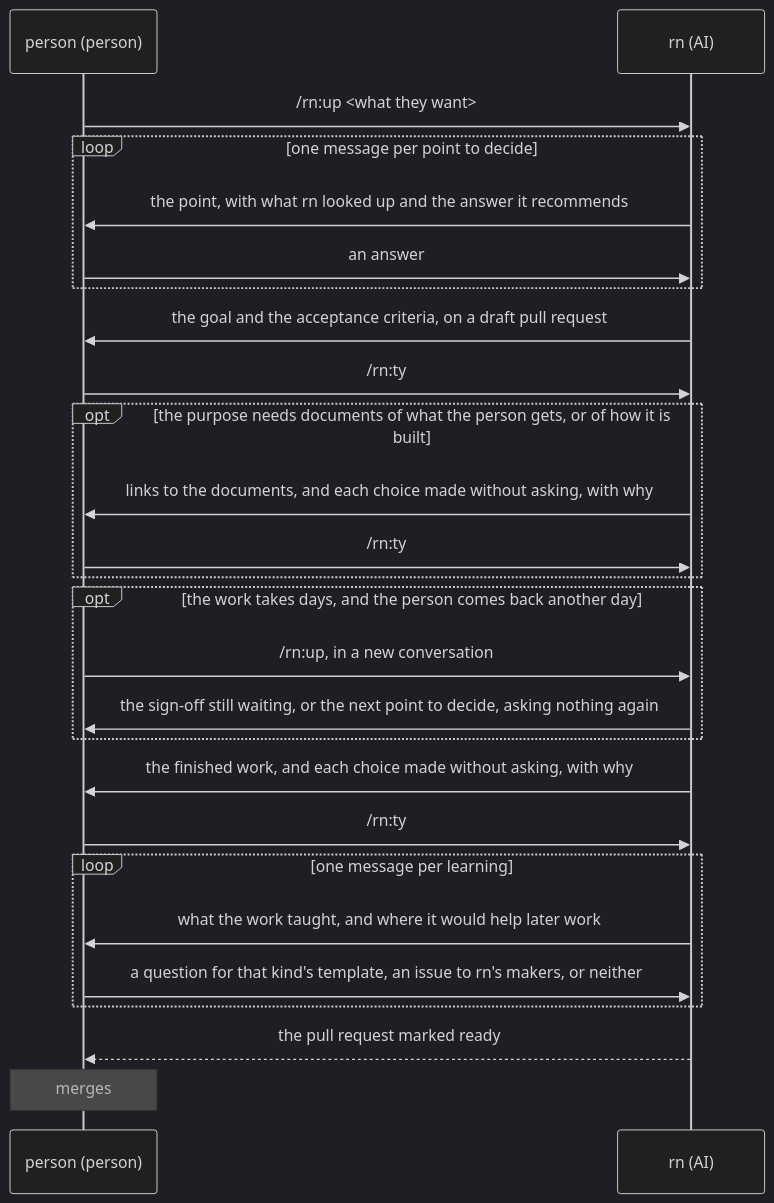
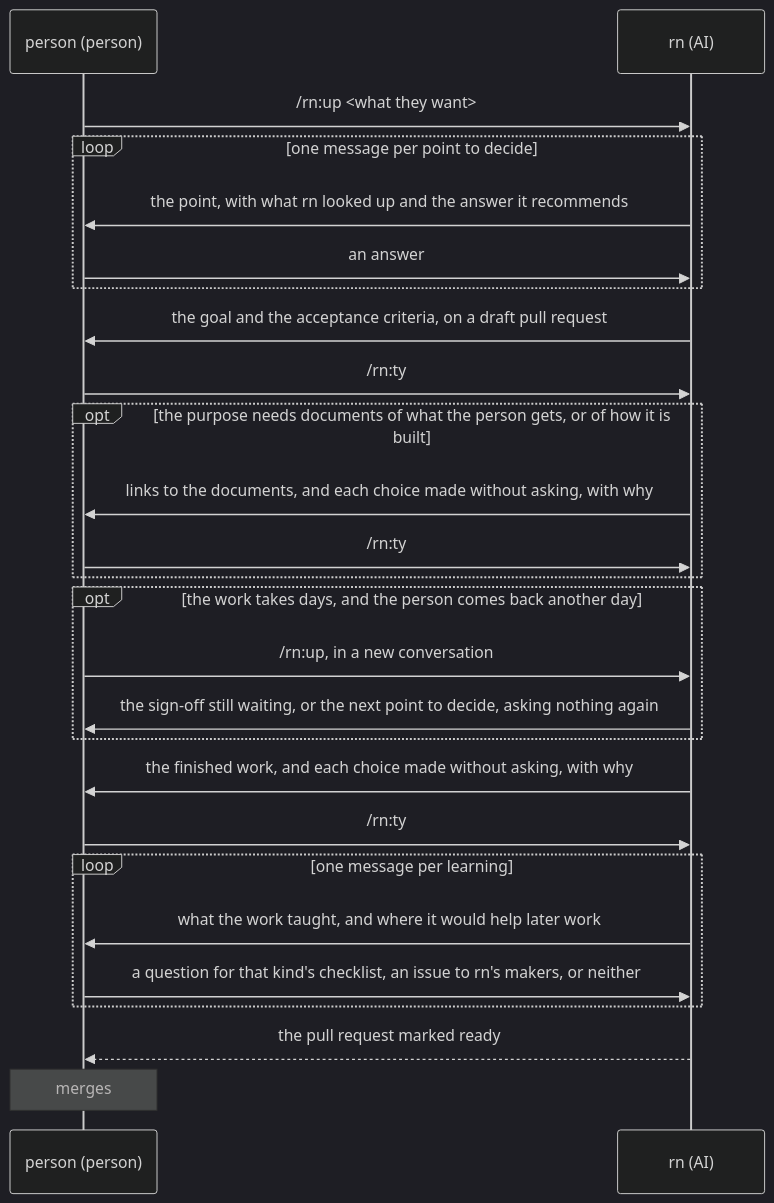
The diagram in dev/rn/ux.md (lovaizu/ccpm), drawn with Mermaid (dark theme) before and after one commit. The commit also changed 2 other files, not shown here.

Commit message:
rn's README and UX say checklist, as turn's README names what turn keeps for each kind
Read across the nine documents, rn's README spoke of templates, a word turn's README never gives its reader, which calls them the format and the checklist; rn's reader-facing documents now say checklist, and the architectures keep template, their builders' word.

Claude-Session: https://claude.ai/code/session_0172CgKennAdVHkjNSG17oRu

````diff
--- a/dev/rn/ux.md
+++ b/dev/rn/ux.md
@@ -27,28 +27,28 @@
 ```mermaid
 sequenceDiagram
   participant U as person (person)
   participant R as rn (AI)
   U->>R: /rn:up <what they want>
   loop one message per point to decide
     R->>U: the point, with what rn looked up and the answer it recommends
     U->>R: an answer
   end
   R->>U: the goal and the acceptance criteria, on a draft pull request
   U->>R: /rn:ty
   opt the purpose needs documents of what the person gets, or of how it is built
     R->>U: links to the documents, and each choice made without asking, with why
     U->>R: /rn:ty
   end
   opt the work takes days, and the person comes back another day
     U->>R: /rn:up, in a new conversation
     R->>U: the sign-off still waiting, or the next point to decide, asking nothing again
   end
   R->>U: the finished work, and each choice made without asking, with why
   U->>R: /rn:ty
   loop one message per learning
     R->>U: what the work taught, and where it would help later work
-    U->>R: a question for that kind's template, an issue to rn's makers, or neither
+    U->>R: a question for that kind's checklist, an issue to rn's makers, or neither
   end
   R-->>U: the pull request marked ready
   Note over U: merges
 ```
````
